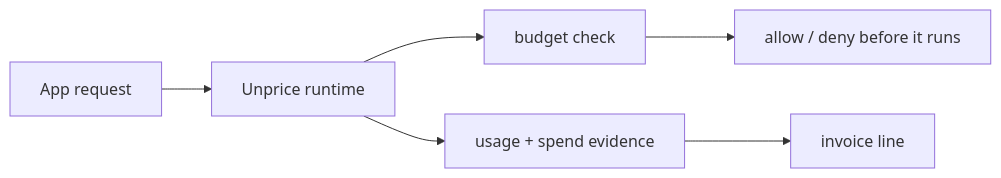
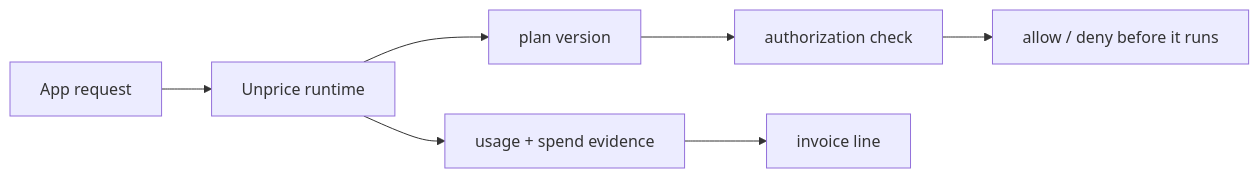
The diagram in docs/brand/design-system-guidelines.md (jhonsfran/unprice), drawn with Mermaid before and after one commit. The commit also changed other lines of this file and 17 other files, not shown here.

````diff
--- a/docs/brand/design-system-guidelines.md
+++ b/docs/brand/design-system-guidelines.md
@@ -178,8 +180,9 @@
 ```mermaid
 flowchart LR
   App["App request"] --> Unprice["Unprice runtime"]
-  Unprice --> Budget["budget check"]
+  Unprice --> Version["plan version"]
+  Version --> Budget["authorization check"]
   Budget --> Decision["allow / deny before it runs"]
   Unprice --> Evidence["usage + spend evidence"]
   Evidence --> Invoice["invoice line"]
 ```
````
